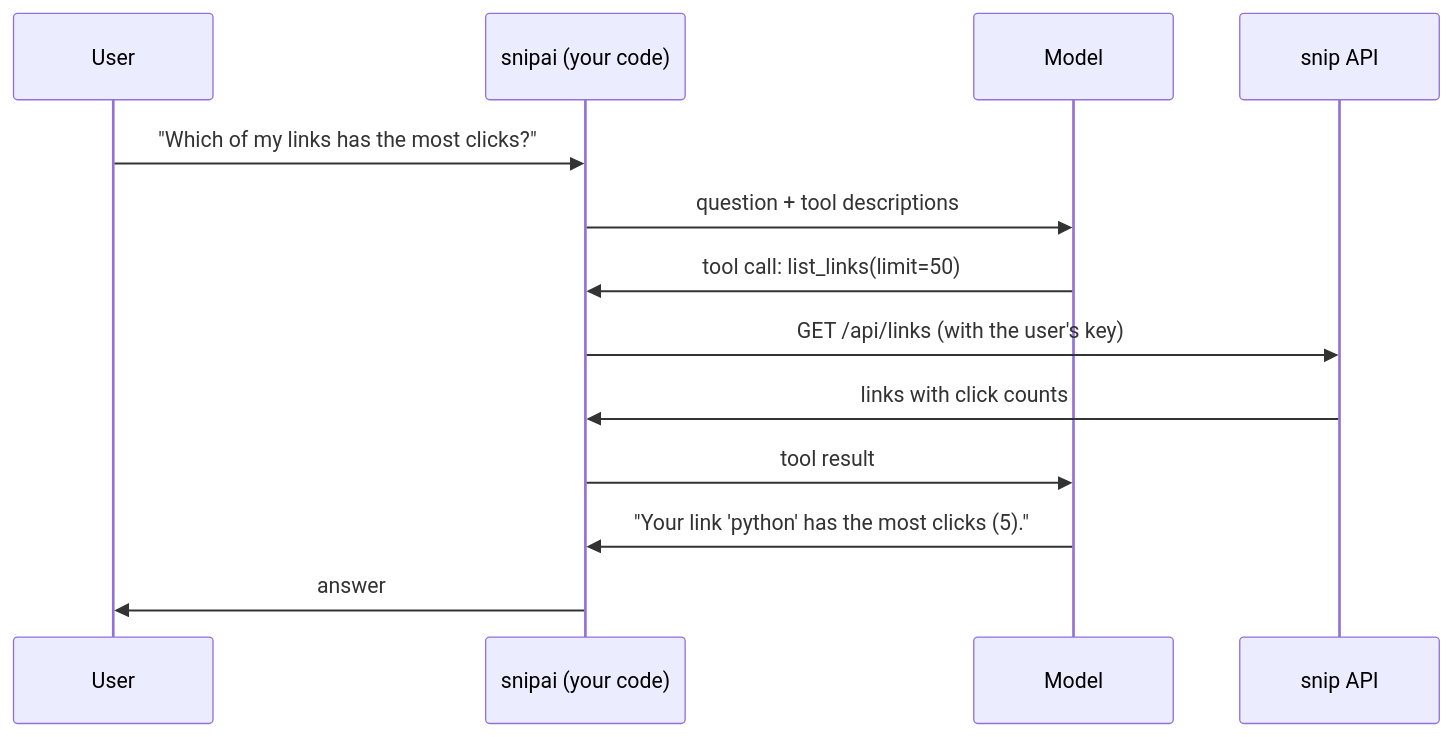
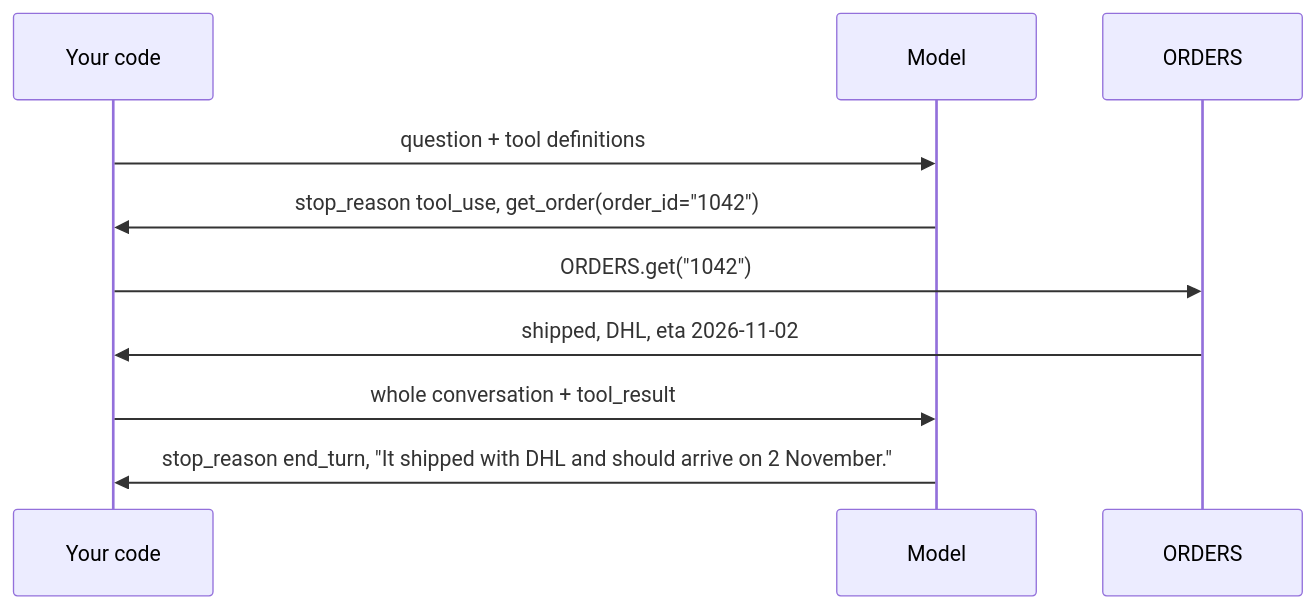
One commit to jawwadzafar/zero-to-prod changed the second of 2 diagrams in docs/ai/structured-output-and-tools.mdx. Above: the diagram before and after it, drawn with Mermaid. The commit also changed other lines of this file, not shown here.

Commit message:
docs: 14.6 teaches structured output and tool use on a ticket triager and an order-lookup assistant (messages.parse, strict tools, a hand-written loop that replays thinking blocks), then applies them to snip's tagger and link assistant; notes that current models reject forced tool_choice

````diff
--- a/docs/ai/structured-output-and-tools.mdx
+++ b/docs/ai/structured-output-and-tools.mdx
@@ -151,15 +218,12 @@
 ```mermaid
 sequenceDiagram
-  participant U as User
-  participant C as snipai (your code)
+  participant C as Your code
   participant M as Model
-  participant S as snip API
-  U->>C: "Which of my links has the most clicks?"
-  C->>M: question + tool descriptions
-  M->>C: tool call: list_links(limit=50)
-  C->>S: GET /api/links (with the user's key)
-  S->>C: links with click counts
-  C->>M: tool result
-  M->>C: "Your link 'python' has the most clicks (5)."
-  C->>U: answer
+  participant D as ORDERS
+  C->>M: question + tool definitions
+  M->>C: stop_reason tool_use, get_order(order_id="1042")
+  C->>D: ORDERS.get("1042")
+  D->>C: shipped, DHL, eta 2026-11-02
+  C->>M: whole conversation + tool_result
+  M->>C: stop_reason end_turn, "It shipped with DHL and should arrive on 2 November."
 ```
````
